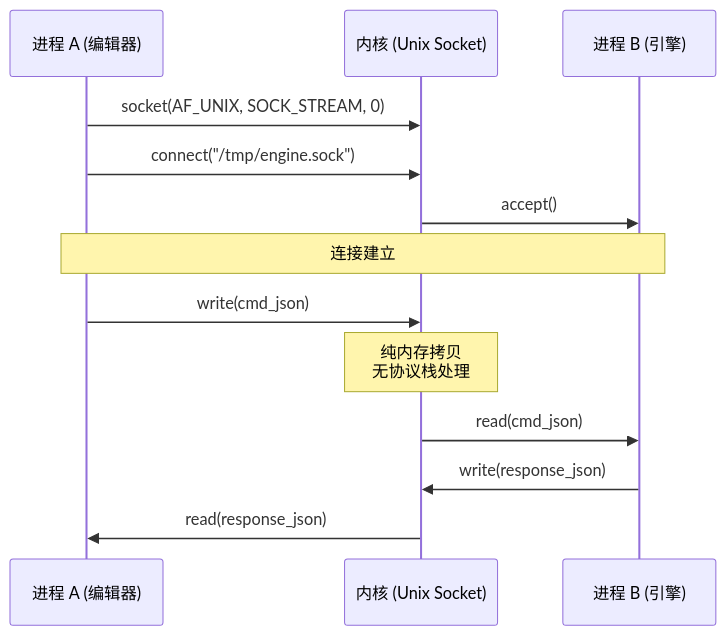
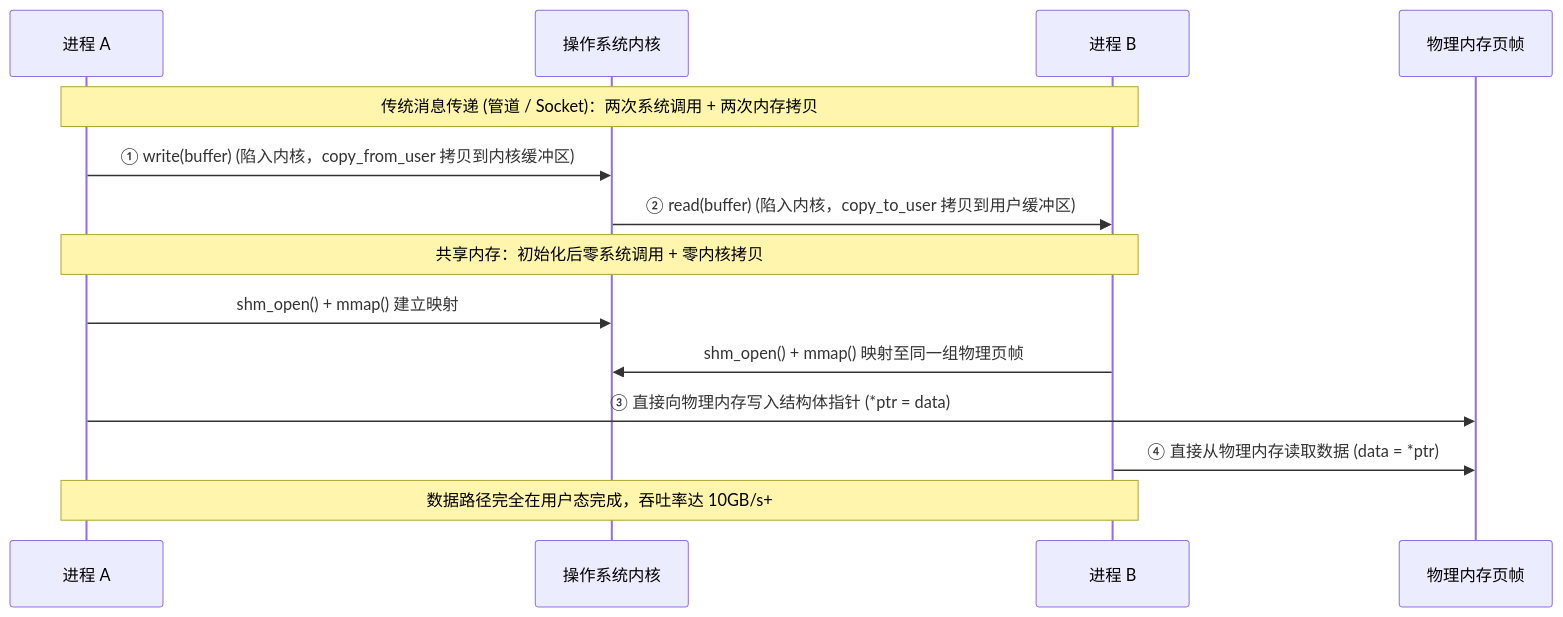
The first of 2 diagrams in src/content/posts/os/06_ipc.md (Lumivers/firefly), drawn with Mermaid before and after one commit. The commit also changed other lines of this file and 39 other files, not shown here.

````diff
--- a/src/content/posts/os/06_ipc.md
+++ b/src/content/posts/os/06_ipc.md
@@ -553,18 +57,18 @@
 ```mermaid
 sequenceDiagram
-    participant A as 进程 A (编辑器)
-    participant K as 内核 (Unix Socket)
-    participant B as 进程 B (引擎)
-    
-    A->>K: socket(AF_UNIX, SOCK_STREAM, 0)
-    A->>K: connect("/tmp/engine.sock")
-    K->>B: accept()
-    Note over A,B: 连接建立
-    
-    A->>K: write(cmd_json)
-    Note over K: 纯内存拷贝<br/>无协议栈处理
-    K->>B: read(cmd_json)
-    
-    B->>K: write(response_json)
-    K->>A: read(response_json)
+    participant A as 进程 A
+    participant Kernel as 操作系统内核
+    participant B as 进程 B
+    participant Phys as 物理内存页帧
+
+    Note over A,B: 传统消息传递 (管道 / Socket)：两次系统调用 + 两次内存拷贝
+    A->>Kernel: ① write(buffer) (陷入内核，copy_from_user 拷贝到内核缓冲区)
+    Kernel->>B: ② read(buffer) (陷入内核，copy_to_user 拷贝到用户缓冲区)
+
+    Note over A,B: 共享内存：初始化后零系统调用 + 零内核拷贝
+    A->>Kernel: shm_open() + mmap() 建立映射
+    B->>Kernel: shm_open() + mmap() 映射至同一组物理页帧
+    A->>Phys: ③ 直接向物理内存写入结构体指针 (*ptr = data)
+    B->>Phys: ④ 直接从物理内存读取数据 (data = *ptr)
+    Note over A,B: 数据路径完全在用户态完成，吞吐率达 10GB/s+
 ```
````
